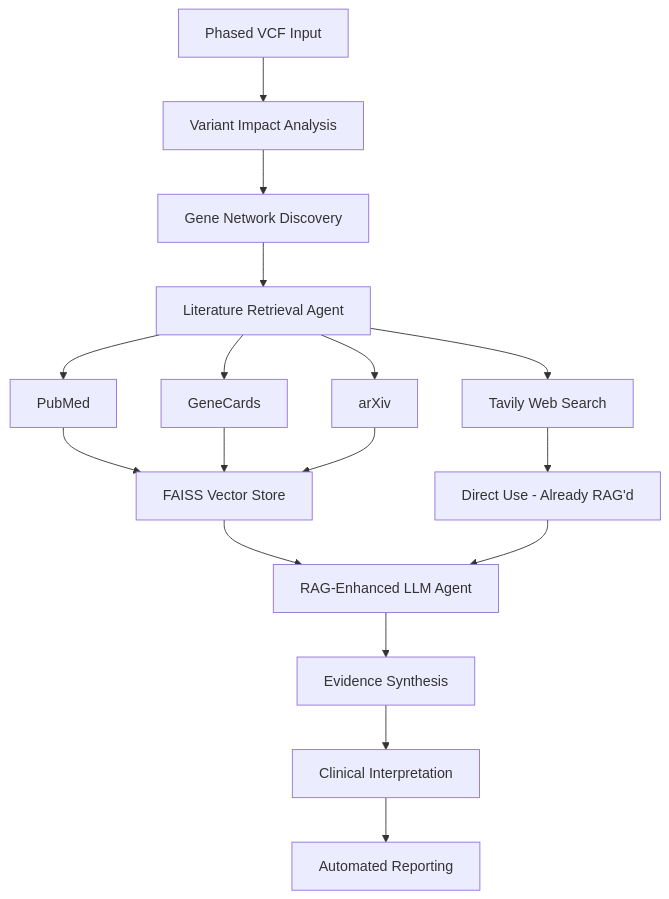
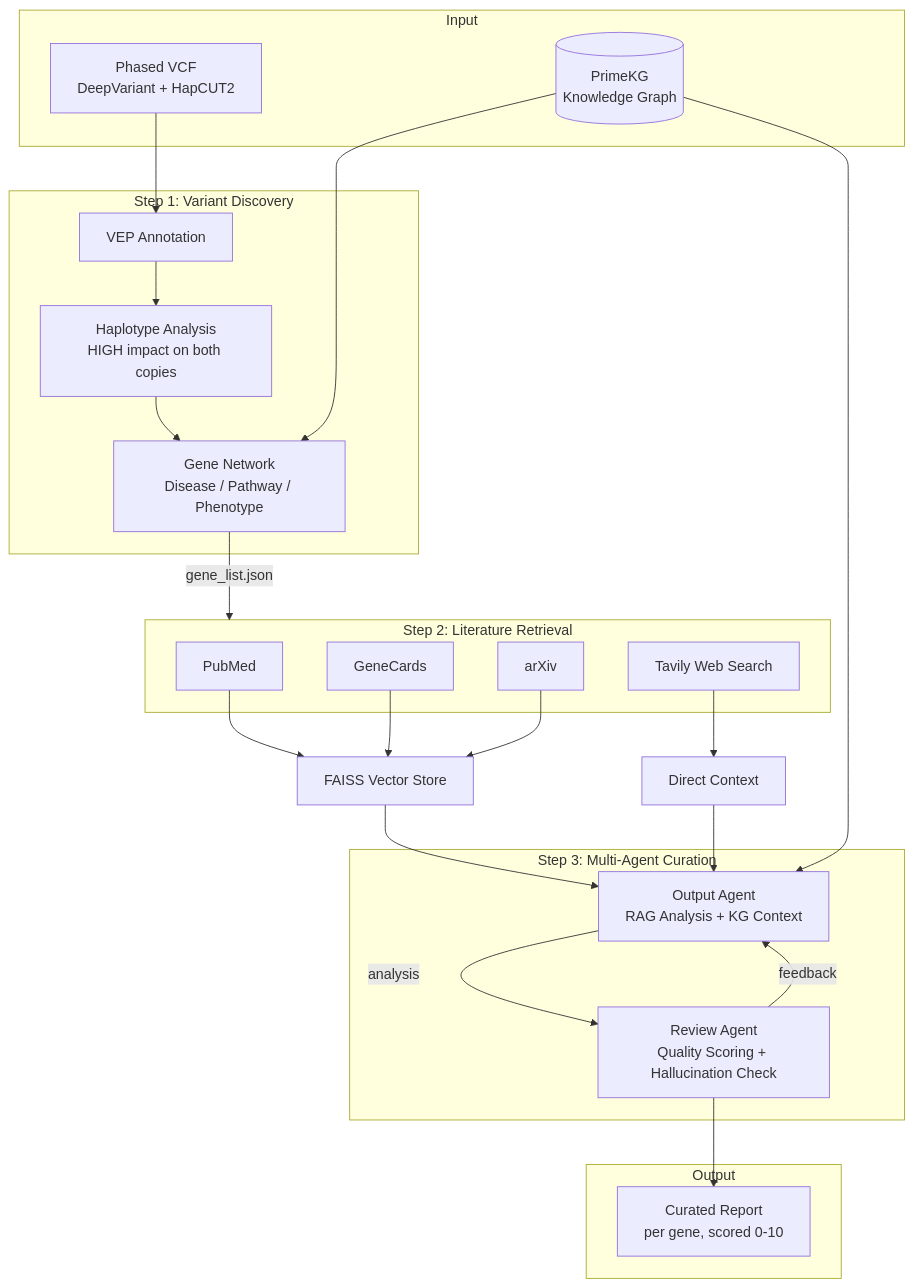
One commit to arcadianlyric/PhasedVariants_AgenticCurator changed the diagram in docs/flowchart.mmd. Above: the diagram before and after it, drawn with Mermaid. The commit also changed 8 other files, not shown here.

Commit message:
update multi-agent

````diff
--- a/docs/flowchart.mmd
+++ b/docs/flowchart.mmd
@@ -1,23 +1,40 @@
 ```mermaid
-graph TD
-    A[Phased VCF Input] --> B[Variant Impact Analysis]
-    B --> C[Gene Network Discovery]
-    C --> D[Literature Retrieval Agent]
-    
-    D --> D1[PubMed]
-    D --> D2[GeneCards]
-    D --> D3[arXiv]
-    D --> D4[Tavily Web Search]
-    
-    D1 --> E1[FAISS Vector Store]
-    D2 --> E1
-    D3 --> E1
-    D4 --> E2[Direct Use - Already RAG'd]
-    
-    E1 --> F[RAG-Enhanced LLM Agent]
-    E2 --> F
-    
-    F --> G[Evidence Synthesis]
-    G --> H[Clinical Interpretation]
-    H --> I[Automated Reporting]
+flowchart TD
+    subgraph Input
+        VCF[Phased VCF<br/>DeepVariant + HapCUT2]
+        KG[(PrimeKG<br/>Knowledge Graph)]
+    end
+
+    subgraph Step1[Step 1: Variant Discovery]
+        VEP[VEP Annotation]
+        HAP[Haplotype Analysis<br/>HIGH impact on both copies]
+        NET[Gene Network<br/>Disease / Pathway / Phenotype]
+    end
+
+    subgraph Step2[Step 2: Literature Retrieval]
+        PM[PubMed]
+        GC[GeneCards]
+        AX[arXiv]
+        TV[Tavily Web Search]
+    end
+
+    subgraph Step3[Step 3: Multi-Agent Curation]
+        OA[Output Agent<br/>RAG Analysis + KG Context]
+        RA[Review Agent<br/>Quality Scoring + Hallucination Check]
+        OA -->|analysis| RA
+        RA -->|feedback| OA
+    end
+
+    subgraph Output
+        RPT[Curated Report<br/>per gene, scored 0-10]
+    end
+
+    VCF --> VEP --> HAP --> NET
+    KG --> NET
+    NET -->|gene_list.json| Step2
+    PM & GC & AX --> FAISS[FAISS Vector Store]
+    TV --> DirectCtx[Direct Context]
+    FAISS & DirectCtx --> OA
+    KG --> OA
+    RA --> RPT
 ```
````
